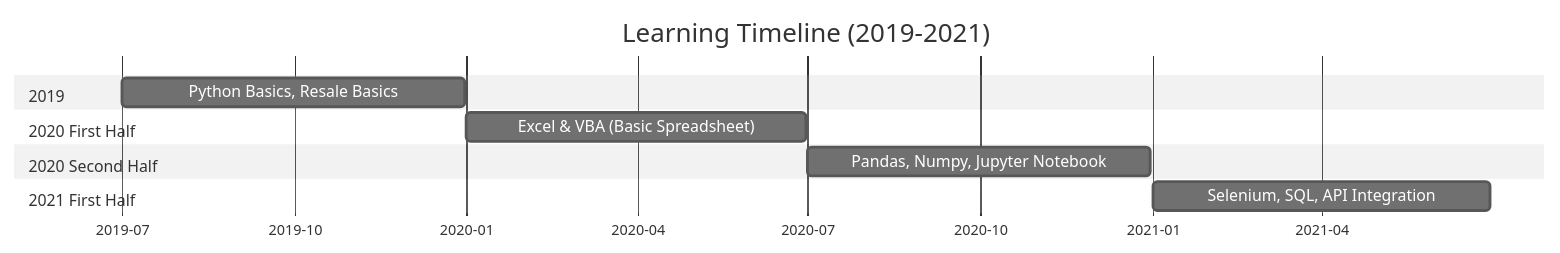
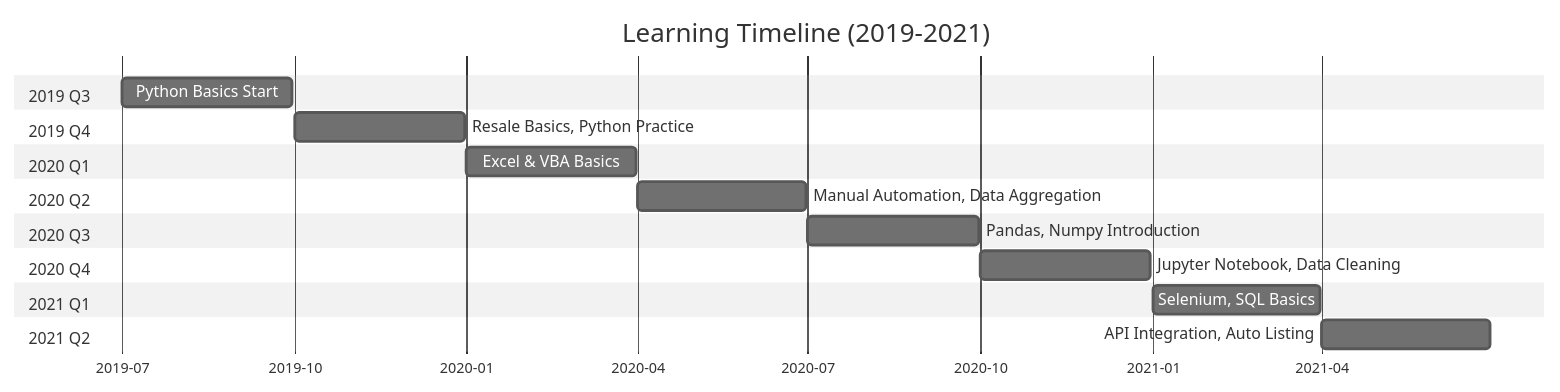
The first of 2 diagrams in README.md (0xkz1/resale-automation-archive), drawn with Mermaid (neutral theme) before and after one commit. The commit also changed other lines of this file, not shown here.

Commit message:
refactor: split timeline into 3-month intervals (quarterly)
- Break down 6-month periods into Q1/Q2/Q3/Q4 for more detailed learning progression
- English: 8 quarters from 2019-Q3 to 2021-Q2
- Japanese: same quarterly breakdown

````diff
--- a/README.md
+++ b/README.md
@@ -10,18 +10,30 @@
 ```mermaid
 gantt
     title Learning Timeline (2019-2021)
     dateFormat YYYY-MM-DD
     axisFormat %Y-%m
 
-    section 2019
-    Python Basics, Resale Basics :t1, 2019-07-01, 2019-12-31
+    section 2019 Q3
+    Python Basics Start :t1, 2019-07-01, 2019-09-30
 
-    section 2020 First Half
-    Excel & VBA (Basic Spreadsheet) :t2, 2020-01-01, 2020-06-30
+    section 2019 Q4
+    Resale Basics, Python Practice :t2, 2019-10-01, 2019-12-31
 
-    section 2020 Second Half
-    Pandas, Numpy, Jupyter Notebook :t3, 2020-07-01, 2020-12-31
+    section 2020 Q1
+    Excel & VBA Basics :t3, 2020-01-01, 2020-03-31
 
-    section 2021 First Half
-    Selenium, SQL, API Integration :t4, 2021-01-01, 2021-06-30
+    section 2020 Q2
+    Manual Automation, Data Aggregation :t4, 2020-04-01, 2020-06-30
+
+    section 2020 Q3
+    Pandas, Numpy Introduction :t5, 2020-07-01, 2020-09-30
+
+    section 2020 Q4
+    Jupyter Notebook, Data Cleaning :t6, 2020-10-01, 2020-12-31
+
+    section 2021 Q1
+    Selenium, SQL Basics :t7, 2021-01-01, 2021-03-31
+
+    section 2021 Q2
+    API Integration, Auto Listing :t8, 2021-04-01, 2021-06-30
 ```
````
